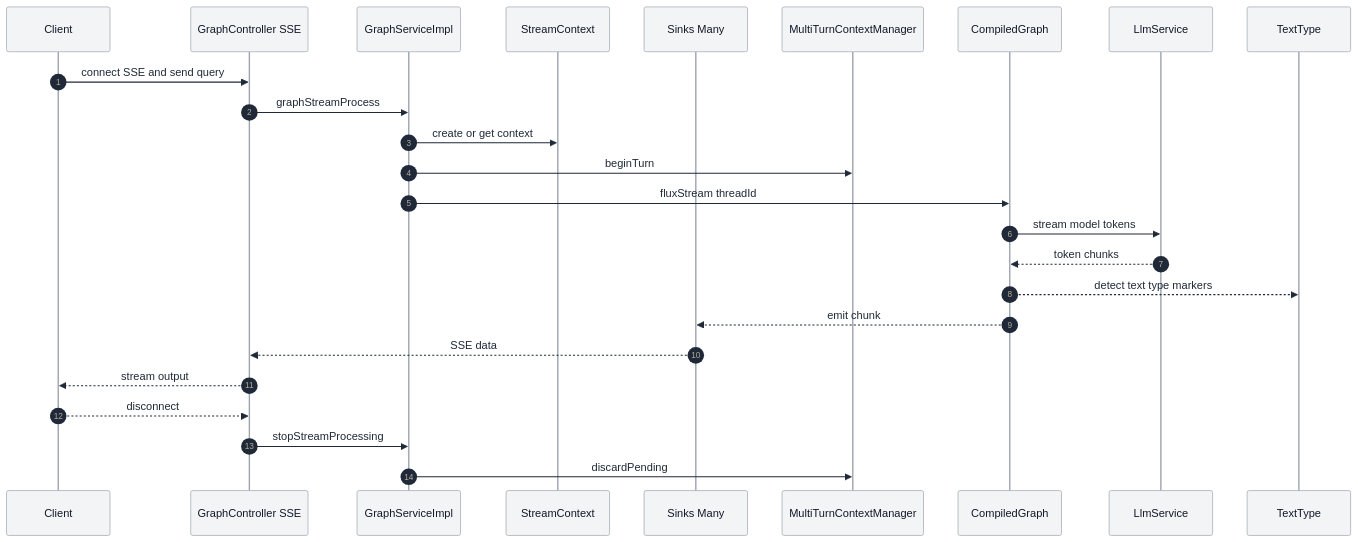
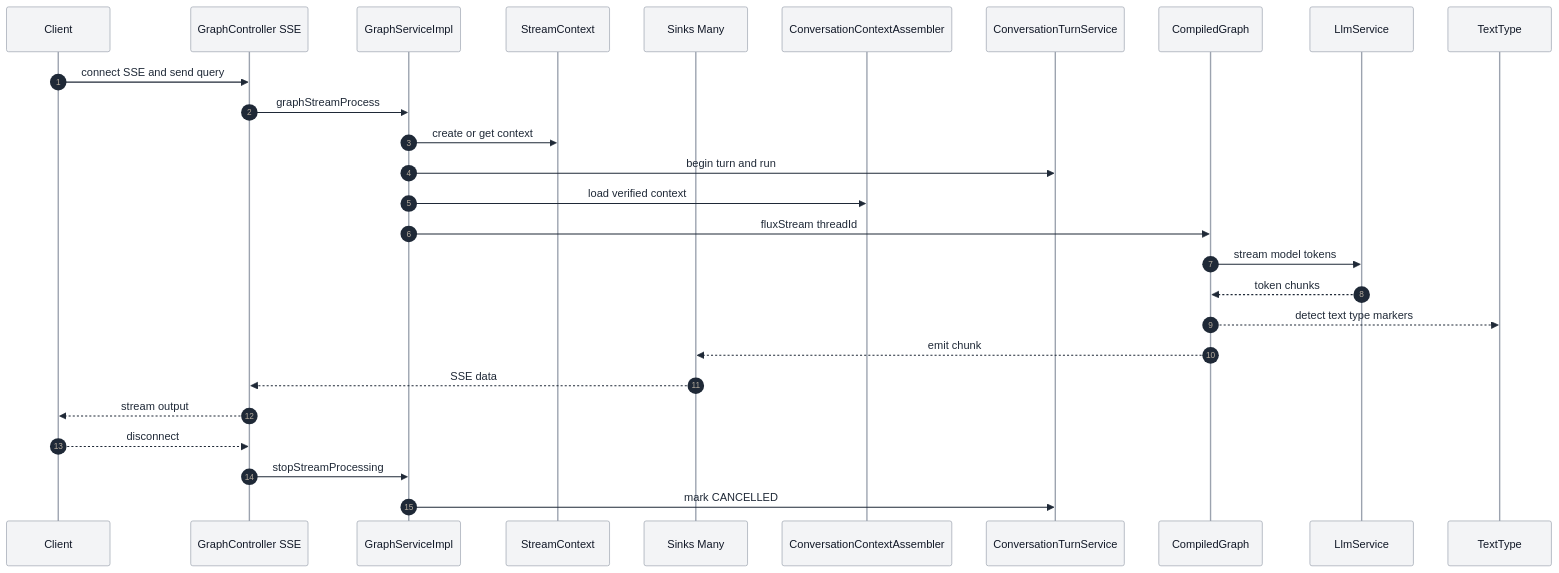
Before and after one commit to spring-ai-alibaba/DataAgent: diagram 12 of 18 in docs/ARCHITECTURE-en.md, drawn with Mermaid. The commit also changed other lines of this file and 69 other files, not shown here.

````diff
--- a/docs/ARCHITECTURE-en.md
+++ b/docs/ARCHITECTURE-en.md
@@ -498,29 +511,31 @@
 ```mermaid
 %%{init: {"theme": "base", "themeVariables": {"primaryColor": "#E3F2FD", "primaryBorderColor": "#1E88E5", "primaryTextColor": "#1F2937", "lineColor": "#4B5563", "secondaryColor": "#E8F5E9", "tertiaryColor": "#FFF1D6", "actorBkg": "#F3F4F6", "actorBorder": "#9CA3AF", "actorTextColor": "#111827", "noteBkgColor": "#FFF8E1", "noteTextColor": "#1F2937"}}}%%
 sequenceDiagram
   autonumber
   participant C as Client
   participant API as GraphController SSE
   participant GS as GraphServiceImpl
   participant SC as StreamContext
   participant SK as Sinks Many
-  participant CTX as MultiTurnContextManager
+  participant CTX as ConversationContextAssembler
+  participant TURN as ConversationTurnService
   participant G as CompiledGraph
   participant L as LlmService
   participant T as TextType
 
   C->>API: connect SSE and send query
   API->>GS: graphStreamProcess
   GS->>SC: create or get context
-  GS->>CTX: beginTurn
+  GS->>TURN: begin turn and run
+  GS->>CTX: load verified context
   GS->>G: fluxStream threadId
   G->>L: stream model tokens
   L-->>G: token chunks
   G-->>T: detect text type markers
   G-->>SK: emit chunk
   SK-->>API: SSE data
   API-->>C: stream output
   C-->>API: disconnect
   API->>GS: stopStreamProcessing
-  GS->>CTX: discardPending
+  GS->>TURN: mark CANCELLED
 ```
````
